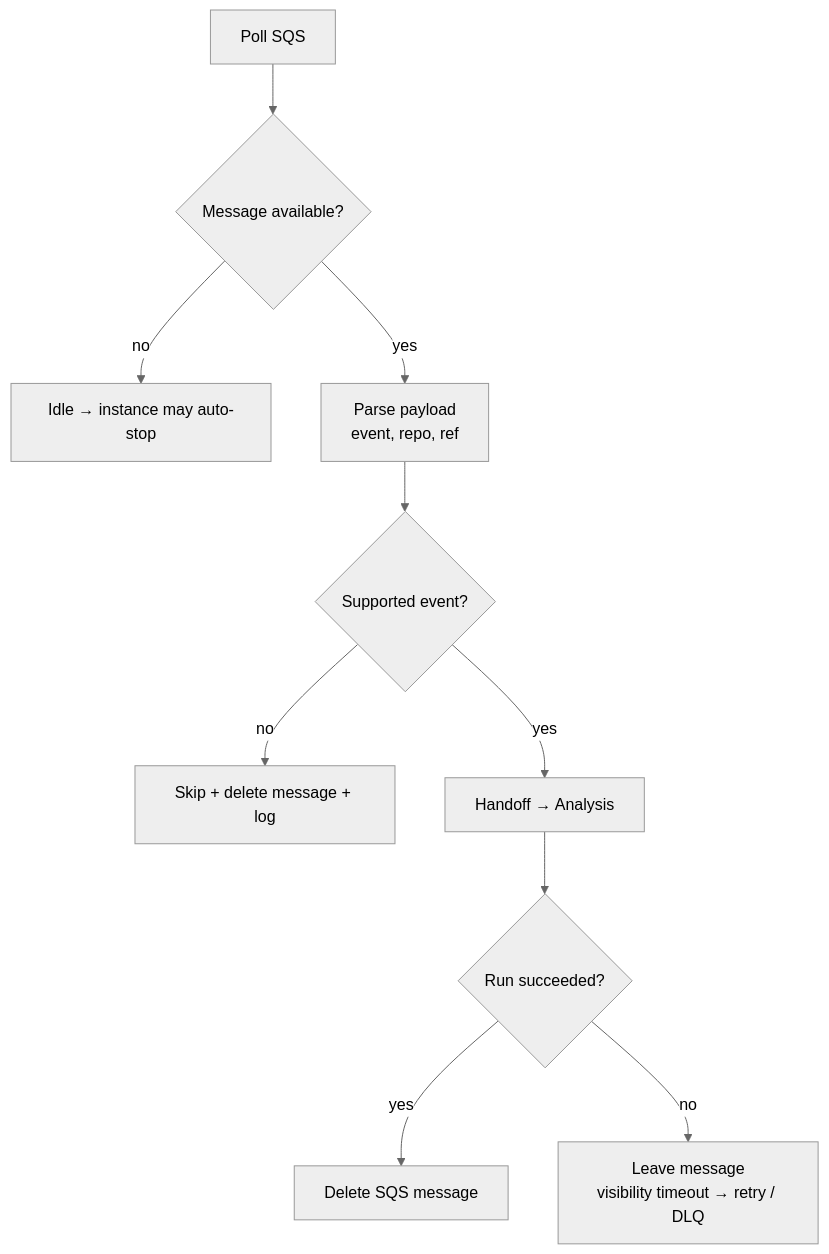
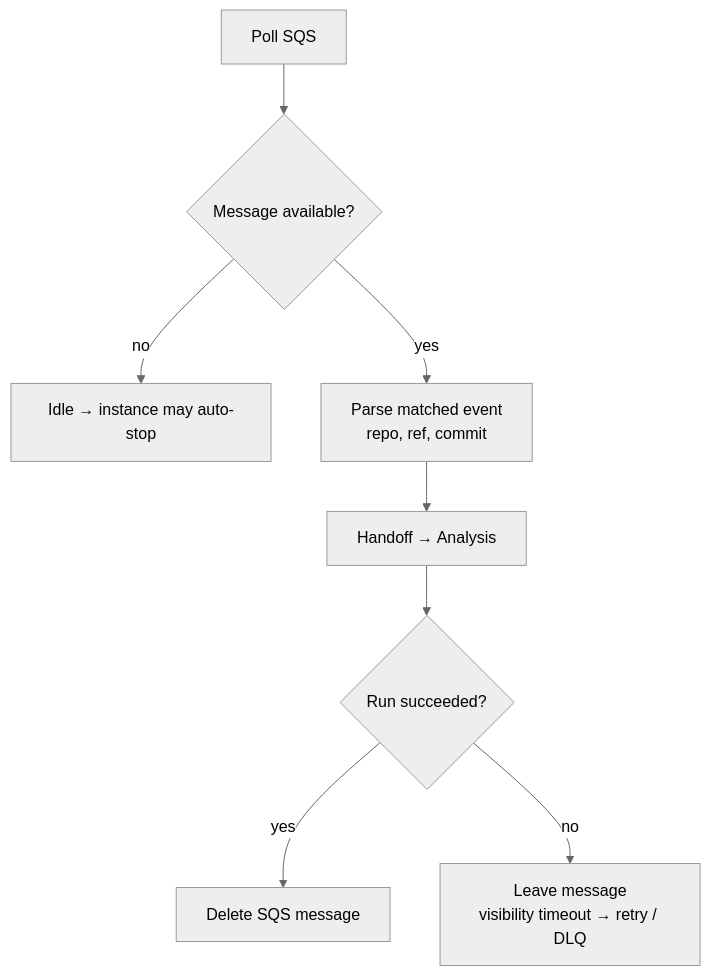
The third of 9 diagrams in docs/workflows.md (teddynted/ai-github-repository-blog-generator), drawn with Mermaid (neutral theme) before and after one commit. The commit also changed other lines of this file and 12 other files, not shown here.

````diff
--- a/docs/workflows.md
+++ b/docs/workflows.md
@@ -46,12 +73,10 @@
 ```mermaid
 flowchart TB
     POLL[Poll SQS] --> MSG{Message available?}
     MSG -- no --> IDLE[Idle → instance may auto-stop]
-    MSG -- yes --> PARSE[Parse payload<br/>event, repo, ref]
-    PARSE --> SUP{Supported event?}
-    SUP -- no --> SKIP[Skip + delete message + log]
-    SUP -- yes --> HANDOFF[Handoff → Analysis]
+    MSG -- yes --> PARSE[Parse matched event<br/>repo, ref, commit]
+    PARSE --> HANDOFF[Handoff → Analysis]
     HANDOFF --> DONE{Run succeeded?}
     DONE -- yes --> DEL[Delete SQS message]
     DONE -- no --> KEEP[Leave message<br/>visibility timeout → retry / DLQ]
 ```
````
